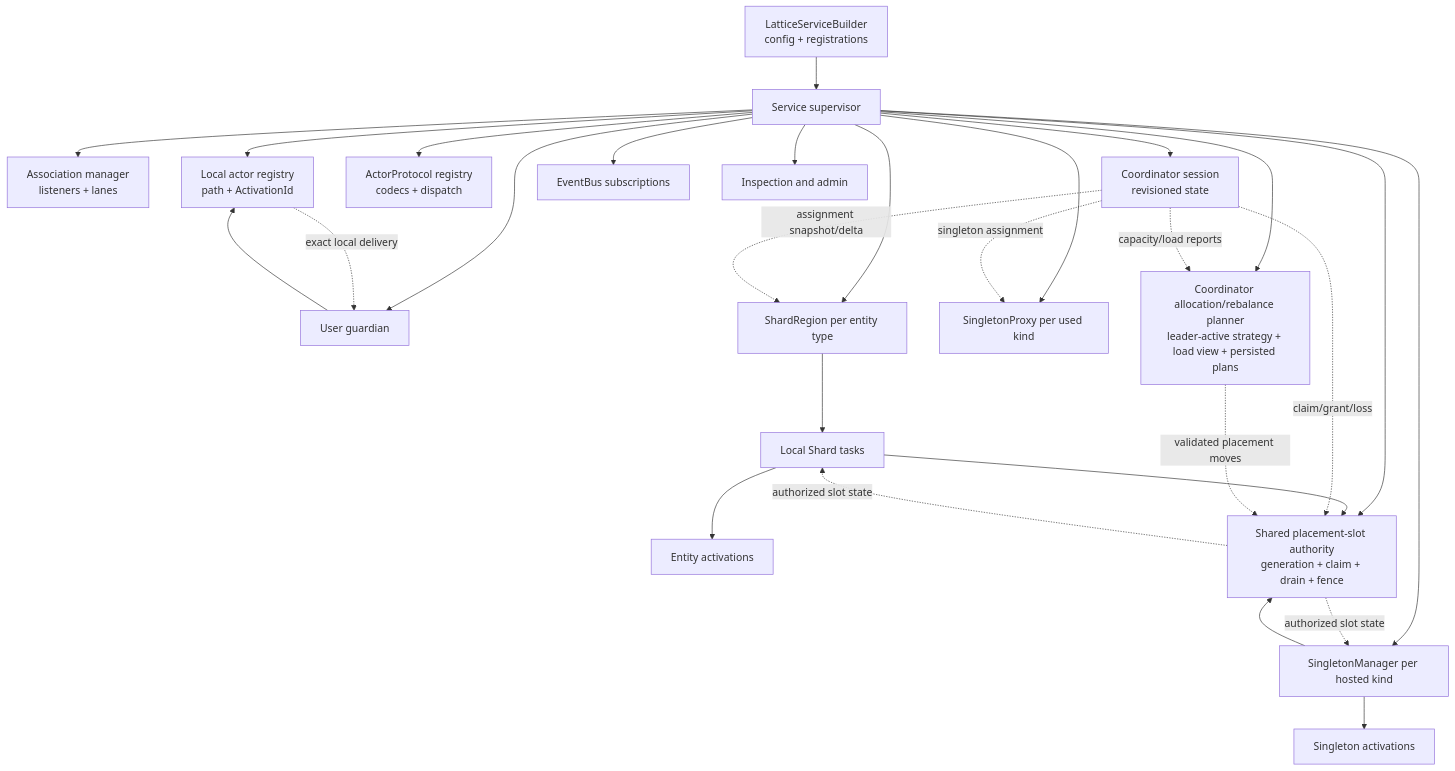
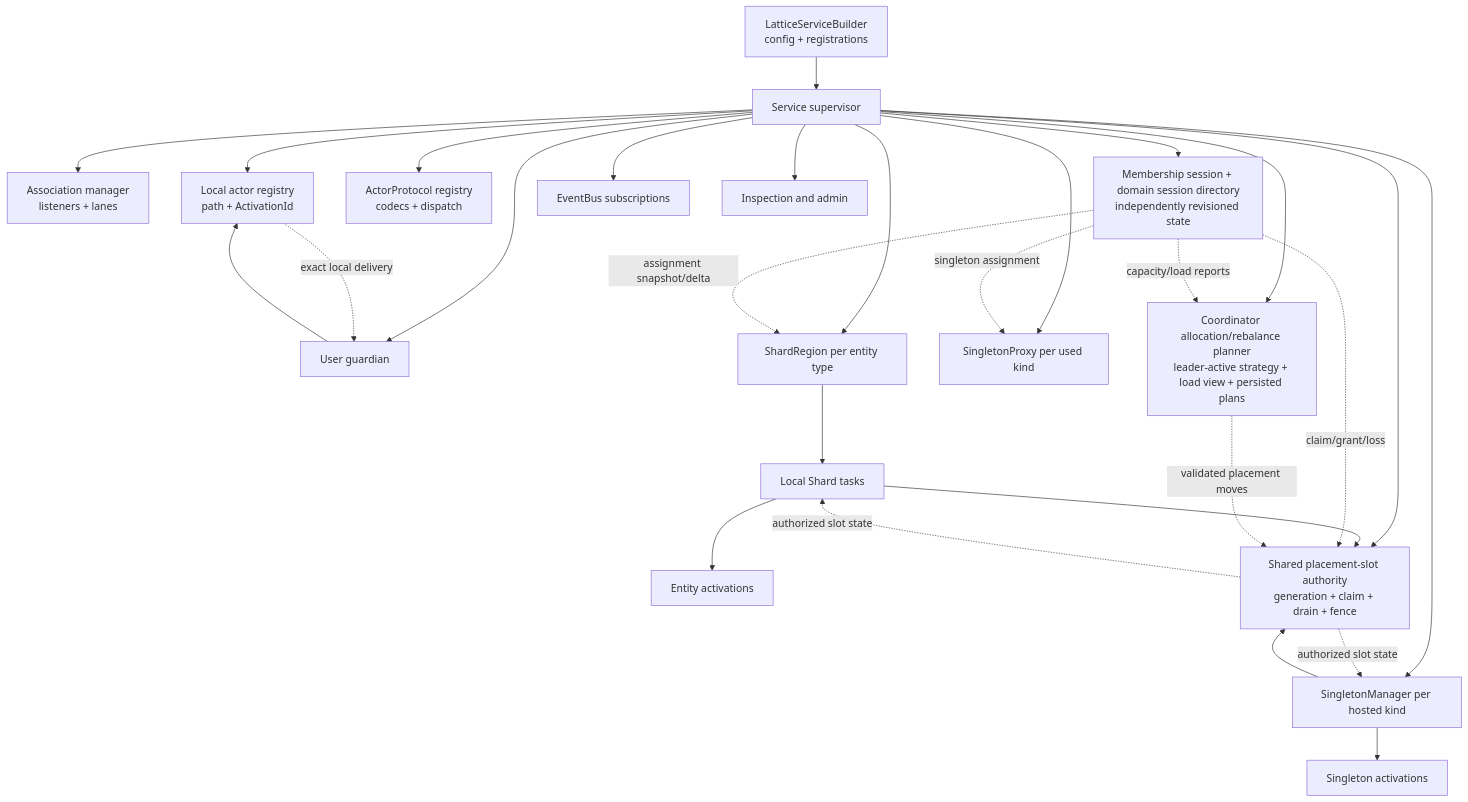
The second of 11 diagrams in docs/architecture/00-overview.md (realm-labs/lattice), drawn with Mermaid before and after one commit. The commit also changed other lines of this file and 27 other files, not shown here.

Commit message:
test(placement): complete coordinator domain hard switch

````diff
--- a/docs/architecture/00-overview.md
+++ b/docs/architecture/00-overview.md
@@ -211,48 +218,48 @@
 ```mermaid
 flowchart TB
     Builder["LatticeServiceBuilder<br/>config + registrations"]
     Service["Service supervisor"]
     Remoting["Association manager<br/>listeners + lanes"]
-    CoordSession["Coordinator session<br/>revisioned state"]
+    CoordSession["Membership session + domain session directory<br/>independently revisioned state"]
     Protocols["ActorProtocol registry<br/>codecs + dispatch"]
     Registry["Local actor registry<br/>path + ActivationId"]
     UserGuardian["User guardian"]
     Regions["ShardRegion per entity type"]
     Shards["Local Shard tasks"]
     Entities["Entity activations"]
     Proxies["SingletonProxy per used kind"]
     Managers["SingletonManager per hosted kind"]
     Authority["Shared placement-slot authority<br/>generation + claim + drain + fence"]
     Rebalancer["Coordinator allocation/rebalance planner<br/>leader-active strategy + load view + persisted plans"]
     Singletons["Singleton activations"]
     EventAdapter["EventBus subscriptions"]
     Ops["Inspection and admin"]
 
     Builder --> Service
     Service --> Remoting
     Service --> CoordSession
     Service --> Protocols
     Service --> Registry
     Service --> UserGuardian
     Service --> Regions
     Service --> Proxies
     Service --> Managers
     Service --> Authority
     Service --> Rebalancer
     Service --> EventAdapter
     Service --> Ops
     UserGuardian --> Registry
     Regions --> Shards
     Shards --> Authority
     Shards --> Entities
     Managers --> Singletons
     Managers --> Authority
     Registry -. "exact local delivery" .-> UserGuardian
     CoordSession -. "assignment snapshot/delta" .-> Regions
     CoordSession -. "singleton assignment" .-> Proxies
     CoordSession -. "claim/grant/loss" .-> Authority
     CoordSession -. "capacity/load reports" .-> Rebalancer
     Rebalancer -. "validated placement moves" .-> Authority
     Authority -. "authorized slot state" .-> Shards
     Authority -. "authorized slot state" .-> Managers
 ```
````
